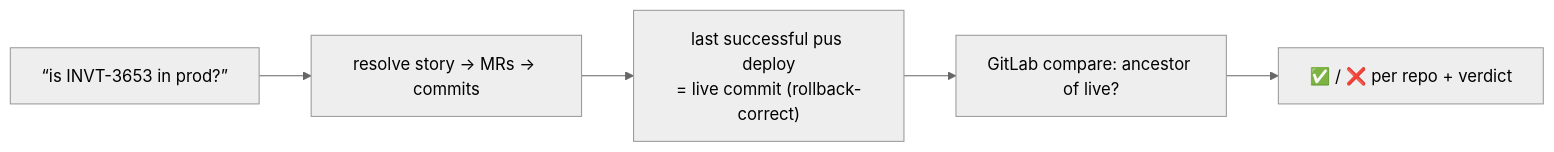
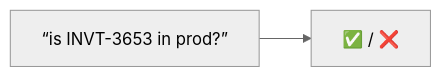
Before and after one commit to uPaymeiFixit/claude-plugins: the second of 2 diagrams in plugins/is-this-in-prod/skills/is-this-in-prod/README.md, drawn with Mermaid (neutral theme). The commit also changed other lines of this file, not shown here.

First line of the commit message:
is-this-in-prod: simplify README diagrams

````diff
--- a/plugins/is-this-in-prod/skills/is-this-in-prod/README.md
+++ b/plugins/is-this-in-prod/skills/is-this-in-prod/README.md
@@ -21,7 +20,4 @@
 ```mermaid
 flowchart LR
-    A["“is INVT-3653 in prod?”"] --> B[resolve story → MRs → commits]
-    B --> C["last successful pus deploy<br/>= live commit (rollback-correct)"]
-    C --> D[GitLab compare: ancestor of live?]
-    D --> E[✅ / ❌ per repo + verdict]
+    A["“is INVT-3653 in prod?”"] --> E[✅ / ❌]
 ```
````
